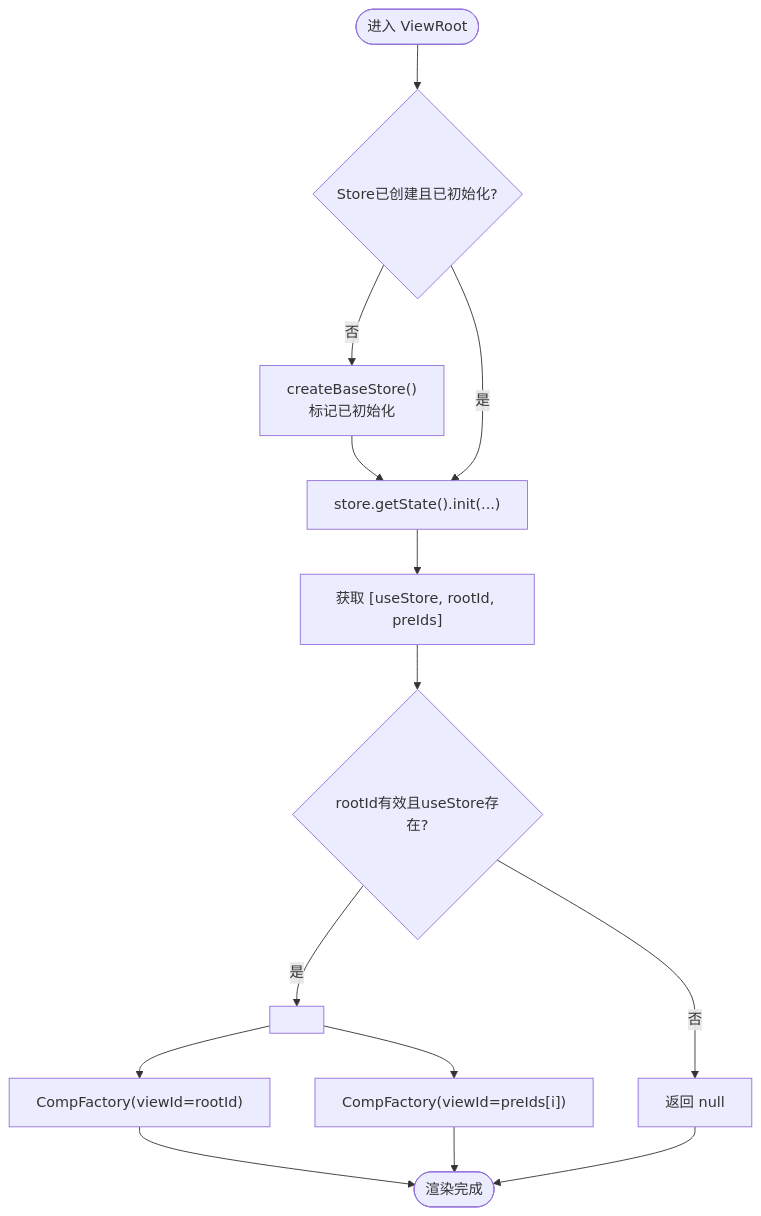
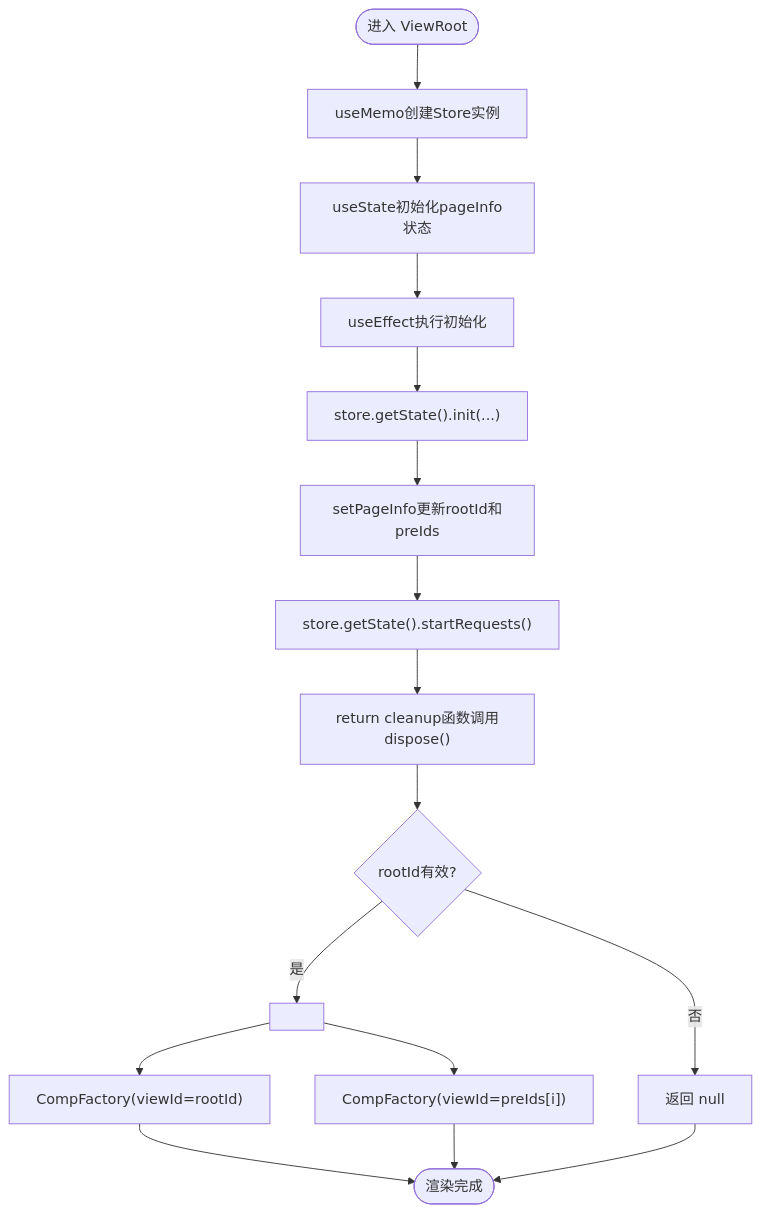
The third of 6 diagrams in .qoder/repowiki/zh/content/架构设计/组件化架构/核心组件/ViewRoot组件.md (liqiongke/FrontArk), drawn with Mermaid before and after one commit. The commit also changed other lines of this file and 19 other files, not shown here.

````diff
--- a/.qoder/repowiki/zh/content/架构设计/组件化架构/核心组件/ViewRoot组件.md
+++ b/.qoder/repowiki/zh/content/架构设计/组件化架构/核心组件/ViewRoot组件.md
@@ -117,16 +135,18 @@
 ```mermaid
 flowchart TD
-Start(["进入 ViewRoot"]) --> CheckStore{"Store已创建且已初始化?"}
-CheckStore -- "否" --> CreateStore["createBaseStore()<br/>标记已初始化"]
-CreateStore --> InitStore["store.getState().init(...)"]
-CheckStore -- "是" --> InitStore
-InitStore --> GetResult["获取 [useStore, rootId, preIds]"]
-GetResult --> Validate{"rootId有效且useStore存在?"}
-Validate -- "否" --> ReturnNull["返回 null"]
-Validate -- "是" --> Render["<StoreContext value={useStore}>"]
-Render --> RootNode["CompFactory(viewId=rootId)"]
-Render --> PreNodes["CompFactory(viewId=preIds[i])"]
+Start(["进入 ViewRoot"]) --> CreateStore["useMemo创建Store实例"]
+CreateStore --> SetState["useState初始化pageInfo状态"]
+SetState --> Effect["useEffect执行初始化"]
+Effect --> InitStore["store.getState().init(...)"]
+InitStore --> UpdateState["setPageInfo更新rootId和preIds"]
+UpdateState --> StartReq["store.getState().startRequests()"]
+StartReq --> Cleanup["return cleanup函数调用dispose()"]
+Cleanup --> Render{"rootId有效?"}
+Render -- "否" --> ReturnNull["返回 null"]
+Render -- "是" --> RenderNode["<StoreContext value={store}>"]
+RenderNode --> RootNode["CompFactory(viewId=rootId)"]
+RenderNode --> PreNodes["CompFactory(viewId=preIds[i])"]
 RootNode --> End(["渲染完成"])
 PreNodes --> End
 ReturnNull --> End
 ```
````
